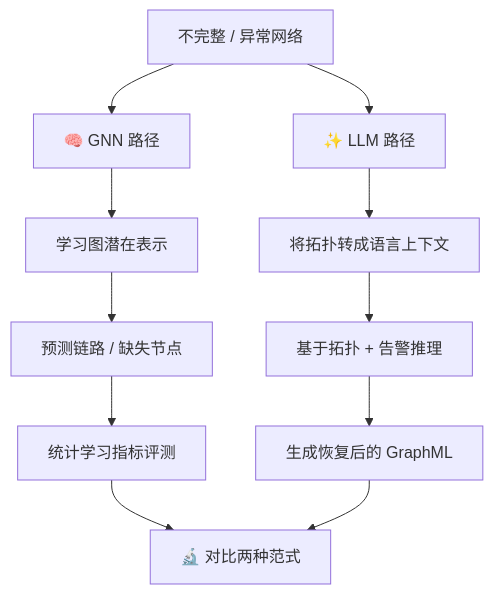
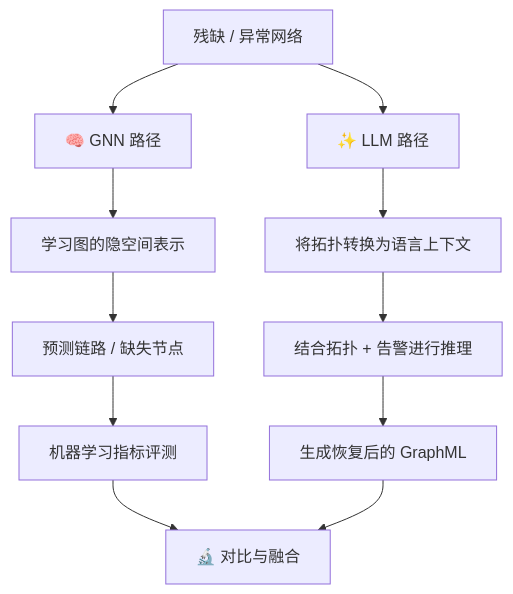
Before and after one commit to Xu0225/GNN_LLM_EXP: the fourth of 4 diagrams in readme.md, drawn with Mermaid. The commit also changed other lines of this file, not shown here.

```diff
--- a/readme.md
+++ b/readme.md
@@ -597,18 +606,17 @@
 ~~~mermaid
 flowchart TB
-    P["不完整 / 异常网络"]
-
+    P["残缺 / 异常网络"]
     P --> G["🧠 GNN 路径"]
     P --> L["✨ LLM 路径"]
 
-    G --> G1["学习图潜在表示"]
+    G --> G1["学习图的隐空间表示"]
     G1 --> G2["预测链路 / 缺失节点"]
-    G2 --> G3["统计学习指标评测"]
+    G2 --> G3["机器学习指标评测"]
 
-    L --> L1["将拓扑转成语言上下文"]
-    L1 --> L2["基于拓扑 + 告警推理"]
+    L --> L1["将拓扑转换为语言上下文"]
+    L1 --> L2["结合拓扑 + 告警进行推理"]
     L2 --> L3["生成恢复后的 GraphML"]
 
-    G3 --> C["🔬 对比两种范式"]
+    G3 --> C["🔬 对比与融合"]
     L3 --> C
 ~~~
```
